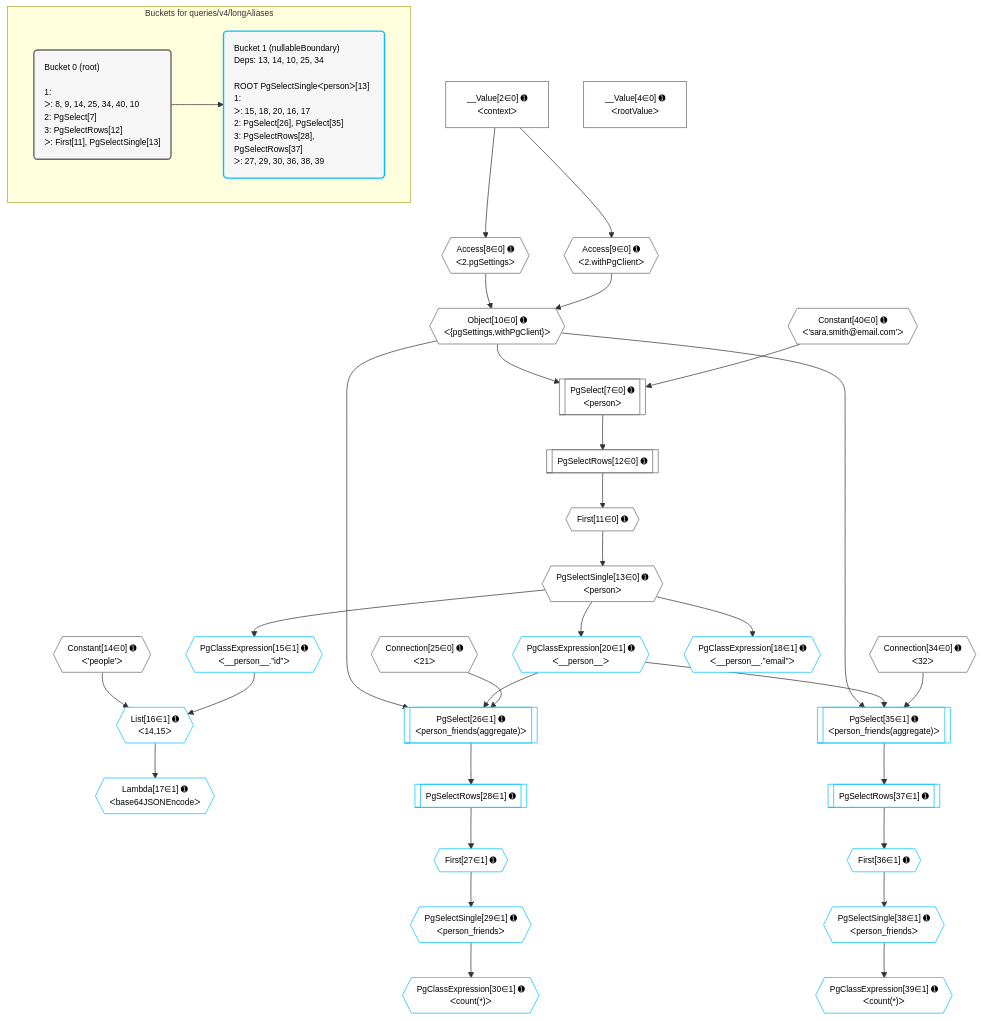
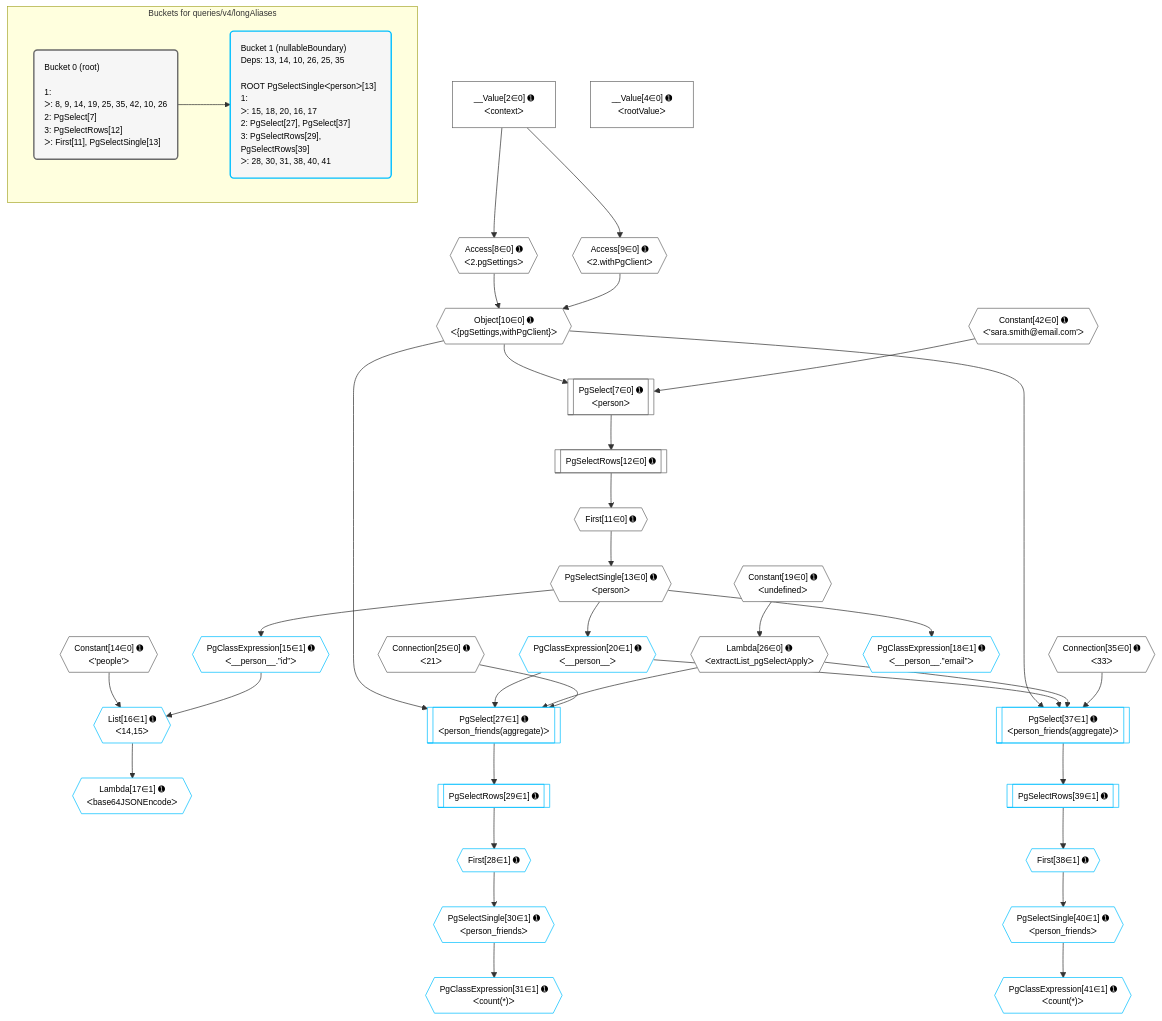
The diagram in postgraphile/postgraphile/__tests__/queries/v4/longAliases.mermaid (graphile/crystal), drawn with Mermaid before and after one commit. The commit also changed 78 other files, not shown here.

Commit message:
Update plan diagrams

```diff
--- a/postgraphile/postgraphile/__tests__/queries/v4/longAliases.mermaid
+++ b/postgraphile/postgraphile/__tests__/queries/v4/longAliases.mermaid
@@ -1,73 +1,76 @@
 %%{init: {'themeVariables': { 'fontSize': '12px'}}}%%
 graph TD
     classDef path fill:#eee,stroke:#000,color:#000
     classDef plan fill:#fff,stroke-width:1px,color:#000
     classDef itemplan fill:#fff,stroke-width:2px,color:#000
     classDef unbatchedplan fill:#dff,stroke-width:1px,color:#000
     classDef sideeffectplan fill:#fcc,stroke-width:2px,color:#000
     classDef bucket fill:#f6f6f6,color:#000,stroke-width:2px,text-align:left
 
 
     %% plan dependencies
     PgSelect7[["PgSelect[7∈0] ➊<br />ᐸpersonᐳ"]]:::plan
     Object10{{"Object[10∈0] ➊<br />ᐸ{pgSettings,withPgClient}ᐳ"}}:::plan
-    Constant40{{"Constant[40∈0] ➊<br />ᐸ'sara.smith@email.com'ᐳ"}}:::plan
-    Object10 & Constant40 --> PgSelect7
+    Constant42{{"Constant[42∈0] ➊<br />ᐸ'sara.smith@email.com'ᐳ"}}:::plan
+    Object10 & Constant42 --> PgSelect7
     Access8{{"Access[8∈0] ➊<br />ᐸ2.pgSettingsᐳ"}}:::plan
     Access9{{"Access[9∈0] ➊<br />ᐸ2.withPgClientᐳ"}}:::plan
     Access8 & Access9 --> Object10
     __Value2["__Value[2∈0] ➊<br />ᐸcontextᐳ"]:::plan
     __Value2 --> Access8
     __Value2 --> Access9
     First11{{"First[11∈0] ➊"}}:::plan
     PgSelectRows12[["PgSelectRows[12∈0] ➊"]]:::plan
     PgSelectRows12 --> First11
     PgSelect7 --> PgSelectRows12
     PgSelectSingle13{{"PgSelectSingle[13∈0] ➊<br />ᐸpersonᐳ"}}:::plan
     First11 --> PgSelectSingle13
+    Lambda26{{"Lambda[26∈0] ➊<br />ᐸextractList_pgSelectApplyᐳ"}}:::plan
+    Constant19{{"Constant[19∈0] ➊<br />ᐸundefinedᐳ"}}:::plan
+    Constant19 --> Lambda26
     __Value4["__Value[4∈0] ➊<br />ᐸrootValueᐳ"]:::plan
     Constant14{{"Constant[14∈0] ➊<br />ᐸ'people'ᐳ"}}:::plan
     Connection25{{"Connection[25∈0] ➊<br />ᐸ21ᐳ"}}:::plan
-    Connection34{{"Connection[34∈0] ➊<br />ᐸ32ᐳ"}}:::plan
-    PgSelect26[["PgSelect[26∈1] ➊<br />ᐸperson_friends(aggregate)ᐳ"]]:::plan
+    Connection35{{"Connection[35∈0] ➊<br />ᐸ33ᐳ"}}:::plan
+    PgSelect27[["PgSelect[27∈1] ➊<br />ᐸperson_friends(aggregate)ᐳ"]]:::plan
     PgClassExpression20{{"PgClassExpression[20∈1] ➊<br />ᐸ__person__ᐳ"}}:::plan
-    Object10 & PgClassExpression20 & Connection25 --> PgSelect26
-    PgSelect35[["PgSelect[35∈1] ➊<br />ᐸperson_friends(aggregate)ᐳ"]]:::plan
-    Object10 & PgClassExpression20 & Connection34 --> PgSelect35
+    Object10 & PgClassExpression20 & Lambda26 & Connection25 --> PgSelect27
+    PgSelect37[["PgSelect[37∈1] ➊<br />ᐸperson_friends(aggregate)ᐳ"]]:::plan
+    Object10 & PgClassExpression20 & Lambda26 & Connection35 --> PgSelect37
     List16{{"List[16∈1] ➊<br />ᐸ14,15ᐳ"}}:::plan
     PgClassExpression15{{"PgClassExpression[15∈1] ➊<br />ᐸ__person__.”id”ᐳ"}}:::plan
     Constant14 & PgClassExpression15 --> List16
     PgSelectSingle13 --> PgClassExpression15
     Lambda17{{"Lambda[17∈1] ➊<br />ᐸbase64JSONEncodeᐳ"}}:::plan
     List16 --> Lambda17
     PgClassExpression18{{"PgClassExpression[18∈1] ➊<br />ᐸ__person__.”email”ᐳ"}}:::plan
     PgSelectSingle13 --> PgClassExpression18
     PgSelectSingle13 --> PgClassExpression20
-    First27{{"First[27∈1] ➊"}}:::plan
-    PgSelectRows28[["PgSelectRows[28∈1] ➊"]]:::plan
-    PgSelectRows28 --> First27
-    PgSelect26 --> PgSelectRows28
-    PgSelectSingle29{{"PgSelectSingle[29∈1] ➊<br />ᐸperson_friendsᐳ"}}:::plan
-    First27 --> PgSelectSingle29
-    PgClassExpression30{{"PgClassExpression[30∈1] ➊<br />ᐸcount(*)ᐳ"}}:::plan
-    PgSelectSingle29 --> PgClassExpression30
-    First36{{"First[36∈1] ➊"}}:::plan
-    PgSelectRows37[["PgSelectRows[37∈1] ➊"]]:::plan
-    PgSelectRows37 --> First36
-    PgSelect35 --> PgSelectRows37
-    PgSelectSingle38{{"PgSelectSingle[38∈1] ➊<br />ᐸperson_friendsᐳ"}}:::plan
-    First36 --> PgSelectSingle38
-    PgClassExpression39{{"PgClassExpression[39∈1] ➊<br />ᐸcount(*)ᐳ"}}:::plan
-    PgSelectSingle38 --> PgClassExpression39
+    First28{{"First[28∈1] ➊"}}:::plan
+    PgSelectRows29[["PgSelectRows[29∈1] ➊"]]:::plan
+    PgSelectRows29 --> First28
+    PgSelect27 --> PgSelectRows29
+    PgSelectSingle30{{"PgSelectSingle[30∈1] ➊<br />ᐸperson_friendsᐳ"}}:::plan
+    First28 --> PgSelectSingle30
+    PgClassExpression31{{"PgClassExpression[31∈1] ➊<br />ᐸcount(*)ᐳ"}}:::plan
+    PgSelectSingle30 --> PgClassExpression31
+    First38{{"First[38∈1] ➊"}}:::plan
+    PgSelectRows39[["PgSelectRows[39∈1] ➊"]]:::plan
+    PgSelectRows39 --> First38
+    PgSelect37 --> PgSelectRows39
+    PgSelectSingle40{{"PgSelectSingle[40∈1] ➊<br />ᐸperson_friendsᐳ"}}:::plan
+    First38 --> PgSelectSingle40
+    PgClassExpression41{{"PgClassExpression[41∈1] ➊<br />ᐸcount(*)ᐳ"}}:::plan
+    PgSelectSingle40 --> PgClassExpression41
 
     %% define steps
 
     subgraph "Buckets for queries/v4/longAliases"
-    Bucket0("Bucket 0 (root)<br /><br />1: <br />ᐳ: 8, 9, 14, 25, 34, 40, 10<br />2: PgSelect[7]<br />3: PgSelectRows[12]<br />ᐳ: First[11], PgSelectSingle[13]"):::bucket
+    Bucket0("Bucket 0 (root)<br /><br />1: <br />ᐳ: 8, 9, 14, 19, 25, 35, 42, 10, 26<br />2: PgSelect[7]<br />3: PgSelectRows[12]<br />ᐳ: First[11], PgSelectSingle[13]"):::bucket
     classDef bucket0 stroke:#696969
-    class Bucket0,__Value2,__Value4,PgSelect7,Access8,Access9,Object10,First11,PgSelectRows12,PgSelectSingle13,Constant14,Connection25,Connection34,Constant40 bucket0
-    Bucket1("Bucket 1 (nullableBoundary)<br />Deps: 13, 14, 10, 25, 34<br /><br />ROOT PgSelectSingleᐸpersonᐳ[13]<br />1: <br />ᐳ: 15, 18, 20, 16, 17<br />2: PgSelect[26], PgSelect[35]<br />3: PgSelectRows[28], PgSelectRows[37]<br />ᐳ: 27, 29, 30, 36, 38, 39"):::bucket
+    class Bucket0,__Value2,__Value4,PgSelect7,Access8,Access9,Object10,First11,PgSelectRows12,PgSelectSingle13,Constant14,Constant19,Connection25,Lambda26,Connection35,Constant42 bucket0
+    Bucket1("Bucket 1 (nullableBoundary)<br />Deps: 13, 14, 10, 26, 25, 35<br /><br />ROOT PgSelectSingleᐸpersonᐳ[13]<br />1: <br />ᐳ: 15, 18, 20, 16, 17<br />2: PgSelect[27], PgSelect[37]<br />3: PgSelectRows[29], PgSelectRows[39]<br />ᐳ: 28, 30, 31, 38, 40, 41"):::bucket
     classDef bucket1 stroke:#00bfff
-    class Bucket1,PgClassExpression15,List16,Lambda17,PgClassExpression18,PgClassExpression20,PgSelect26,First27,PgSelectRows28,PgSelectSingle29,PgClassExpression30,PgSelect35,First36,PgSelectRows37,PgSelectSingle38,PgClassExpression39 bucket1
+    class Bucket1,PgClassExpression15,List16,Lambda17,PgClassExpression18,PgClassExpression20,PgSelect27,First28,PgSelectRows29,PgSelectSingle30,PgClassExpression31,PgSelect37,First38,PgSelectRows39,PgSelectSingle40,PgClassExpression41 bucket1
     Bucket0 --> Bucket1
     end
```
